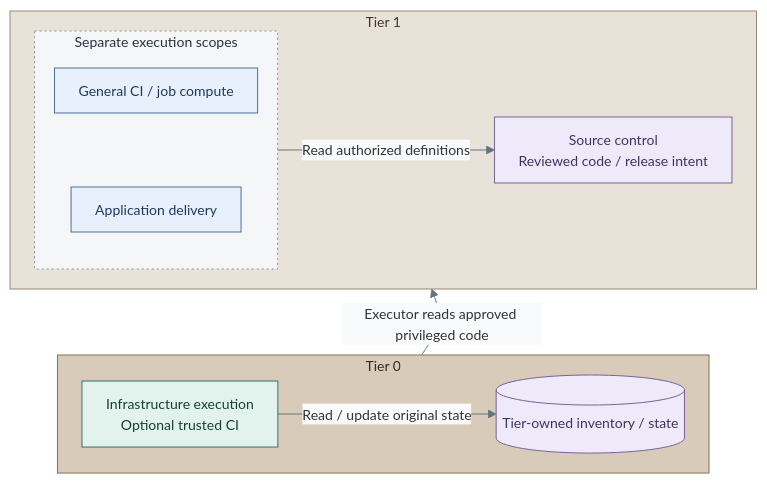
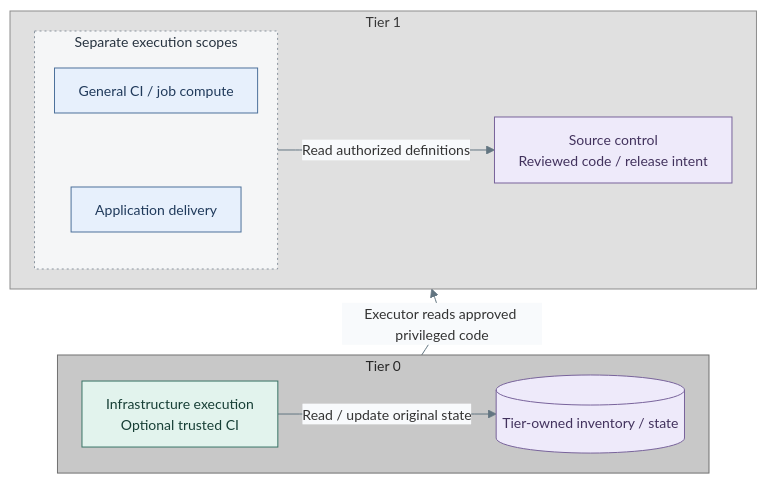
Before and after one commit to Rexus/homelab: the first of 2 diagrams in docs/01-architecture/10-delivery/03-development-platform.md, drawn with Mermaid. The commit also changed 91 other files, not shown here.

First line of the commit message:
docs(operations): document VMID cutover and align diagram colors

````diff
--- a/docs/01-architecture/10-delivery/03-development-platform.md
+++ b/docs/01-architecture/10-delivery/03-development-platform.md
@@ -9,37 +9,37 @@
 ```mermaid
 %%{init: {"theme":"base","flowchart":{"nodeSpacing":20,"rankSpacing":24,"padding":12},"themeVariables":{"lineColor":"#627581","edgeLabelBackground":"#f8fafc","fontFamily":"Arial, sans-serif","fontSize":"14px"},"fontFamily":"Arial, sans-serif"}}%%
 flowchart BT
   subgraph T1["Tier 1"]
     direction LR
     subgraph Consumers["Separate execution scopes"]
       direction TB
       CI["General CI / job compute"]
       Delivery["Application delivery"]
       CI ~~~ Delivery
     end
     Source["Source control<br/>Reviewed code / release intent"]
     Consumers -->|Read authorized definitions| Source
   end
   subgraph T0["Tier 0"]
     direction LR
     Executor["Infrastructure execution<br/>Optional trusted CI"]
     State[("Tier-owned inventory / state")]
     Executor -->|Read / update original state| State
   end
   T0 ~~~ T1
   T0 -->|Executor reads approved privileged code| T1
   classDef default fill:#f8fafc,stroke:#64748b,color:#1f2937
   classDef boundary fill:#eef2f6,stroke:#64748b,color:#1f2937
   classDef services fill:#e7f0fc,stroke:#4d719b,color:#203a5b
   classDef control fill:#e2f3ed,stroke:#397366,color:#173f36
   classDef data fill:#eeeafa,stroke:#78639b,color:#42325d
   class CI,Delivery services
   classDef group fill:#f5f6f7,stroke:#89939e,color:#273340,stroke-dasharray:2 3
   class Consumers group
   class Executor control
   class Source,State data
-  classDef tier0 fill:#d8cbb9,stroke:#83715a,color:#352a1e
+  classDef tier0 fill:#c8c8c8,stroke:#707070,color:#262626
   class T0 tier0
-  classDef tier1 fill:#e9e2d8,stroke:#968976,color:#44382a
+  classDef tier1 fill:#e0e0e0,stroke:#8c8c8c,color:#363636
   class T1 tier1
 ```
````
